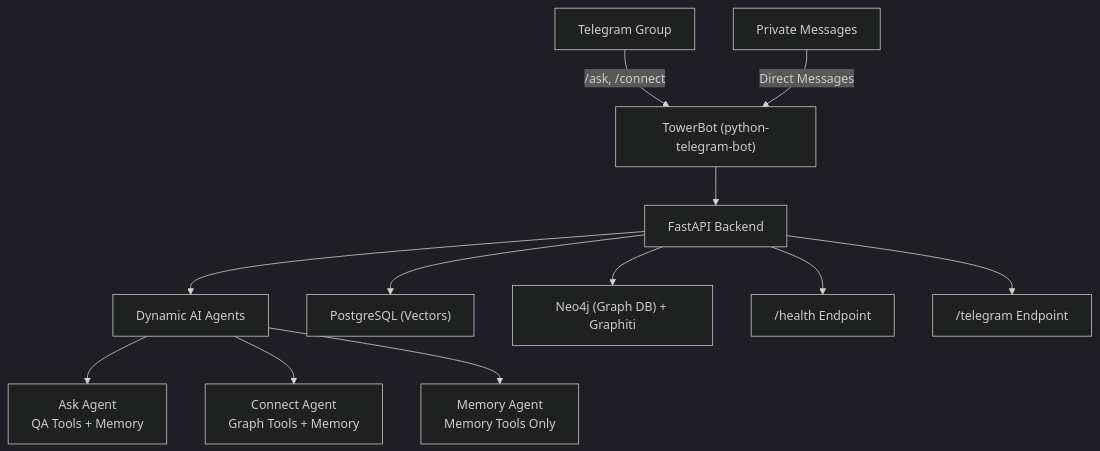
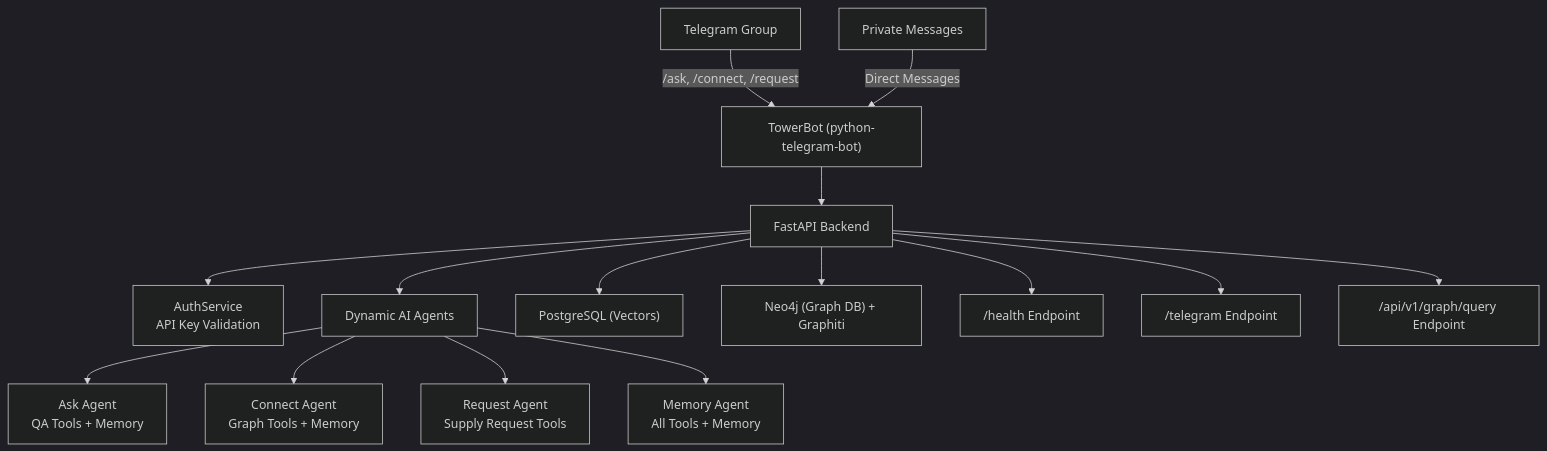
The second of 2 diagrams in README.md (frontiertower/towerbot), drawn with Mermaid (dark theme) before and after one commit. The commit also changed other lines of this file and 12 other files, not shown here.

````diff
--- a/README.md
+++ b/README.md
@@ -293,14 +376,17 @@
 ```mermaid
 graph TD;
-  TG["Telegram Group"] -->|/ask, /connect| BOT["TowerBot (python-telegram-bot)"]
+  TG["Telegram Group"] -->|/ask, /connect, /request| BOT["TowerBot (python-telegram-bot)"]
   PM["Private Messages"] -->|Direct Messages| BOT
   BOT --> API["FastAPI Backend"]
+  API --> AUTH["AuthService<br/>API Key Validation"]
   API --> AI["Dynamic AI Agents"]
   AI --> AG["Ask Agent<br/>QA Tools + Memory"]
   AI --> CN["Connect Agent<br/>Graph Tools + Memory"]
-  AI --> MM["Memory Agent<br/>Memory Tools Only"]
+  AI --> RQ["Request Agent<br/>Supply Request Tools"]
+  AI --> MM["Memory Agent<br/>All Tools + Memory"]
   API --> DB["PostgreSQL (Vectors)"]
   API --> GRAPH["Neo4j (Graph DB) + Graphiti"]
   API --> Health["/health Endpoint"]
   API --> Webhook["/telegram Endpoint"]
+  API --> GraphAPI["/api/v1/graph/query Endpoint"]
 ```
````
